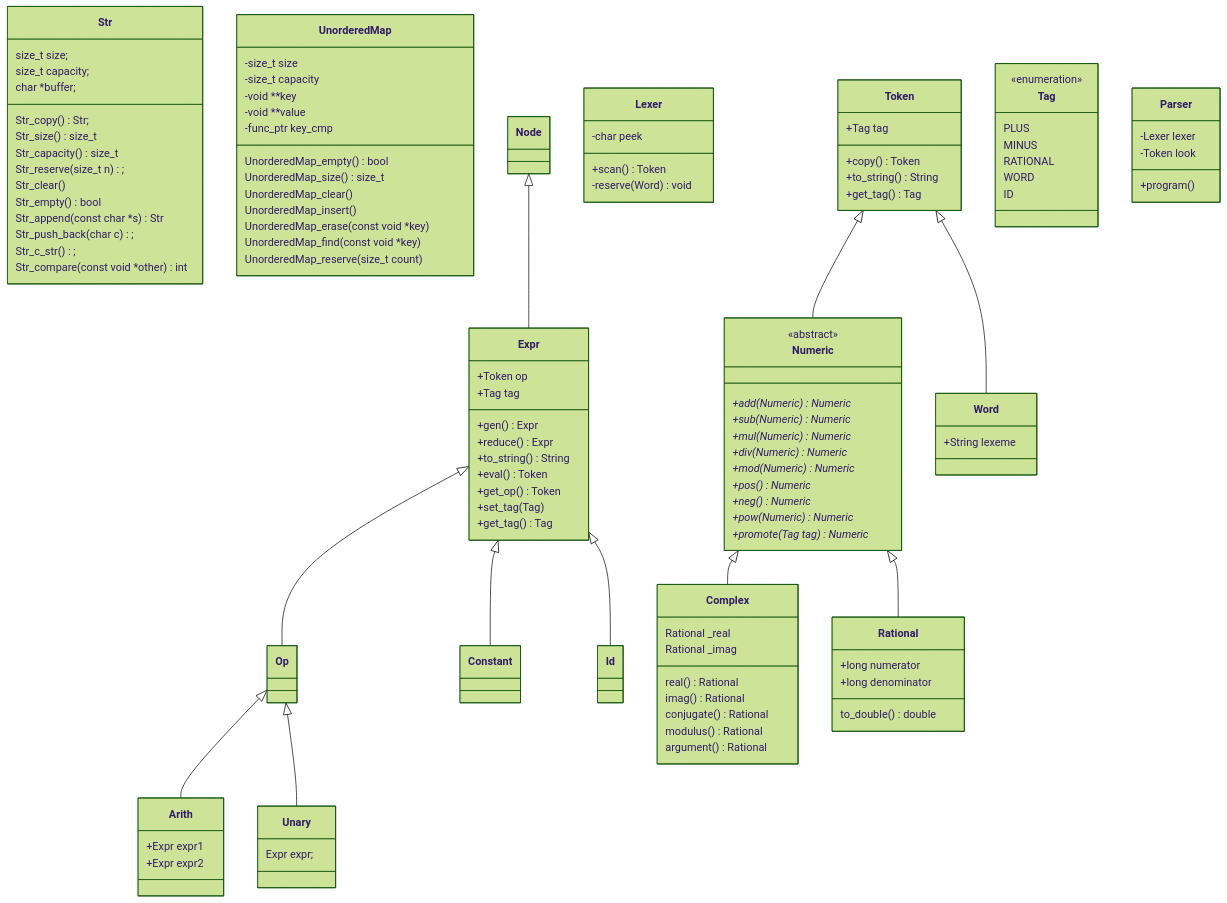
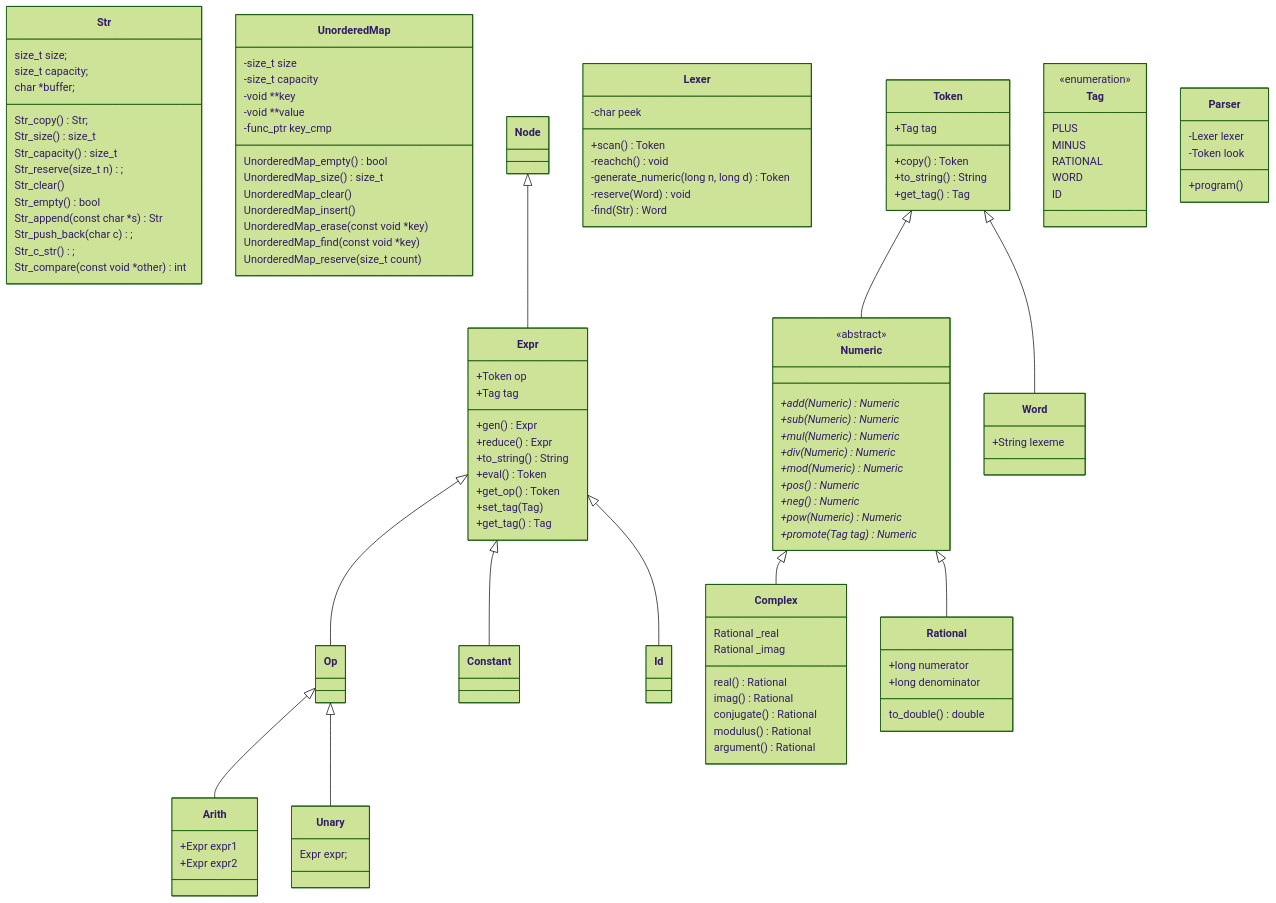
One commit to nwhean/42_computorv changed the diagram in diagram.md. Above: the diagram before and after it, drawn with Mermaid (forest theme). The commit also changed 4 other files, not shown here.

```diff
--- a/diagram.md
+++ b/diagram.md
@@ -85,7 +85,11 @@
 	class Lexer {
 		-char peek
 		+scan() Token
+		-reachch() void
+		-generate_numeric(long n, long d) Token
 		-reserve(Word) void
+		-find(Str) Word
+
 	}
 
 	Token <|-- Numeric
```
